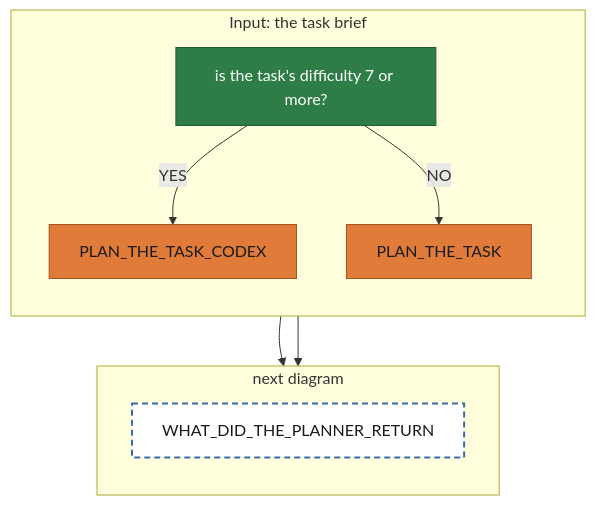
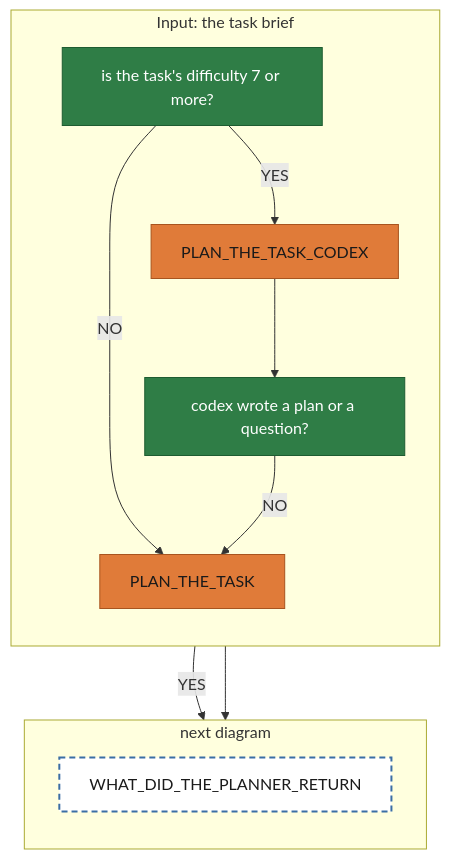
The diagram in diagrams/tackle-tasks/pipeline-planTheTask.mmd (matkatmusic/taskTools), drawn with Mermaid before and after one commit. The commit also changed 15 other files, not shown here.

Commit message:
feat: implement DID_CODEX_PLAN_SUCCEED_Q routing and enhance task handling with additional files

```diff
--- a/diagrams/tackle-tasks/pipeline-planTheTask.mmd
+++ b/diagrams/tackle-tasks/pipeline-planTheTask.mmd
@@ -1,28 +1,32 @@
 flowchart TB
-%% One script box, then one orange block per branch. The hook walks in from a dashed IS_DIFFICULTY_7_PLUS_Q block, prints the prompt, and stops.
+%% Two gates: difficulty check, and a codex-plan-success check retrying via PLAN_THE_TASK; enters at dashed IS_DIFFICULTY_7_PLUS_Q, prints prompt, stops.
 
   subgraph planTheTask ["Input: the task brief"]
     direction TB
     IS_DIFFICULTY_7_PLUS_Q["is the task's difficulty 7 or more?"]
     PLAN_THE_TASK_CODEX["PLAN_THE_TASK_CODEX"]
+    DID_CODEX_PLAN_SUCCEED_Q["codex wrote a plan or a question?"]
     PLAN_THE_TASK["PLAN_THE_TASK"]
   end
   subgraph planTheTaskNext ["next diagram"]
     direction TB
     WHAT_DID_THE_PLANNER_RETURN["WHAT_DID_THE_PLANNER_RETURN"]
   end
   planTheTask ~~~ planTheTaskNext
 
   IS_DIFFICULTY_7_PLUS_Q -- "YES" --> PLAN_THE_TASK_CODEX
   IS_DIFFICULTY_7_PLUS_Q -- "NO" --> PLAN_THE_TASK
-  PLAN_THE_TASK_CODEX --> WHAT_DID_THE_PLANNER_RETURN
+  PLAN_THE_TASK_CODEX --> DID_CODEX_PLAN_SUCCEED_Q
+  %% PLAN_THE_TASK_CODEX --> WHAT_DID_THE_PLANNER_RETURN
+  DID_CODEX_PLAN_SUCCEED_Q -- "YES" --> WHAT_DID_THE_PLANNER_RETURN
+  DID_CODEX_PLAN_SUCCEED_Q -- "NO" --> PLAN_THE_TASK
   PLAN_THE_TASK --> WHAT_DID_THE_PLANNER_RETURN
 
   classDef script fill:#2f7d46,stroke:#1e5c31,color:#ffffff
   classDef returns_a_prompt fill:#e07b39,stroke:#a8541f,color:#1a1a1a
   classDef fail fill:red,stroke:#254a70,color:#ffffff
   classDef output fill:#3b6ea5,stroke:#254a70,color:#ffffff
   classDef next_diagram fill:#ffffff,stroke:#3b6ea5,stroke-width:2px,stroke-dasharray:6 4,color:#1a1a1a
-  class IS_DIFFICULTY_7_PLUS_Q script
+  class IS_DIFFICULTY_7_PLUS_Q,DID_CODEX_PLAN_SUCCEED_Q script
   class PLAN_THE_TASK,PLAN_THE_TASK_CODEX returns_a_prompt
   class WHAT_DID_THE_PLANNER_RETURN next_diagram
```
